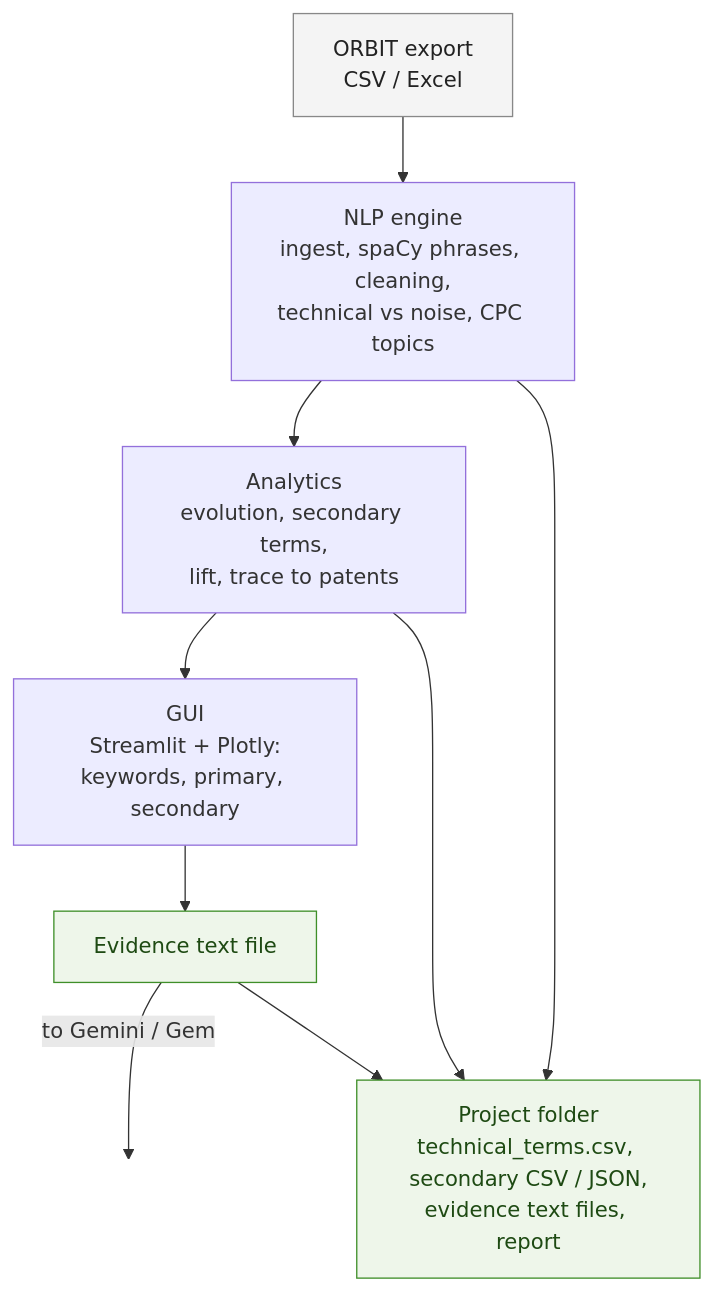
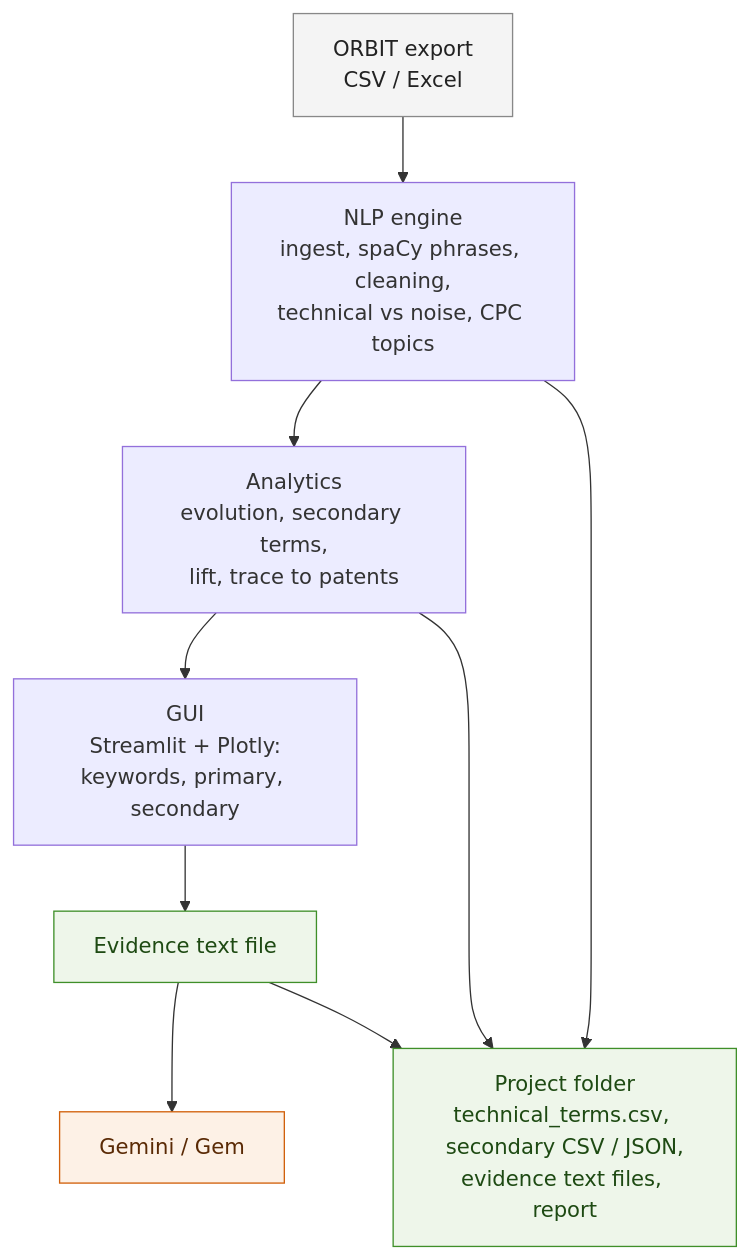
Before and after one commit to szed0/random: the first of 3 diagrams in ARCHITECTURE.md, drawn with Mermaid. The commit also changed 1 other file, not shown here.

Commit message:
Point the evidence text file arrow at a Gemini / Gem block

````diff
--- a/ARCHITECTURE.md
+++ b/ARCHITECTURE.md
@@ -20,24 +20,24 @@
 ```mermaid
 flowchart TB
     exportfile["ORBIT export<br/>CSV / Excel"]
     engine["NLP engine<br/>ingest, spaCy phrases, cleaning,<br/>technical vs noise, CPC topics"]
     analytics["Analytics<br/>evolution, secondary terms,<br/>lift, trace to patents"]
     gui["GUI<br/>Streamlit + Plotly:<br/>keywords, primary, secondary"]
     evidence["Evidence text file"]
-    togemini[" "]
+    gem["Gemini / Gem"]
     folder["Project folder<br/>technical_terms.csv, secondary CSV / JSON,<br/>evidence text files, report"]
 
     exportfile --> engine --> analytics --> gui
     gui --> evidence
-    evidence -- "to Gemini / Gem" --> togemini
+    evidence --> gem
     engine --> folder
     analytics --> folder
     evidence --> folder
 
     classDef ext fill:#f4f4f4,stroke:#888,color:#222
     classDef file fill:#eef6ea,stroke:#3f8f29,color:#1e4a13
-    classDef hidden fill:none,stroke:none,color:transparent
+    classDef gem fill:#fdf1e6,stroke:#d1600a,color:#5a2a05
     class exportfile ext
     class evidence,folder file
-    class togemini hidden
+    class gem gem
 ```
````
